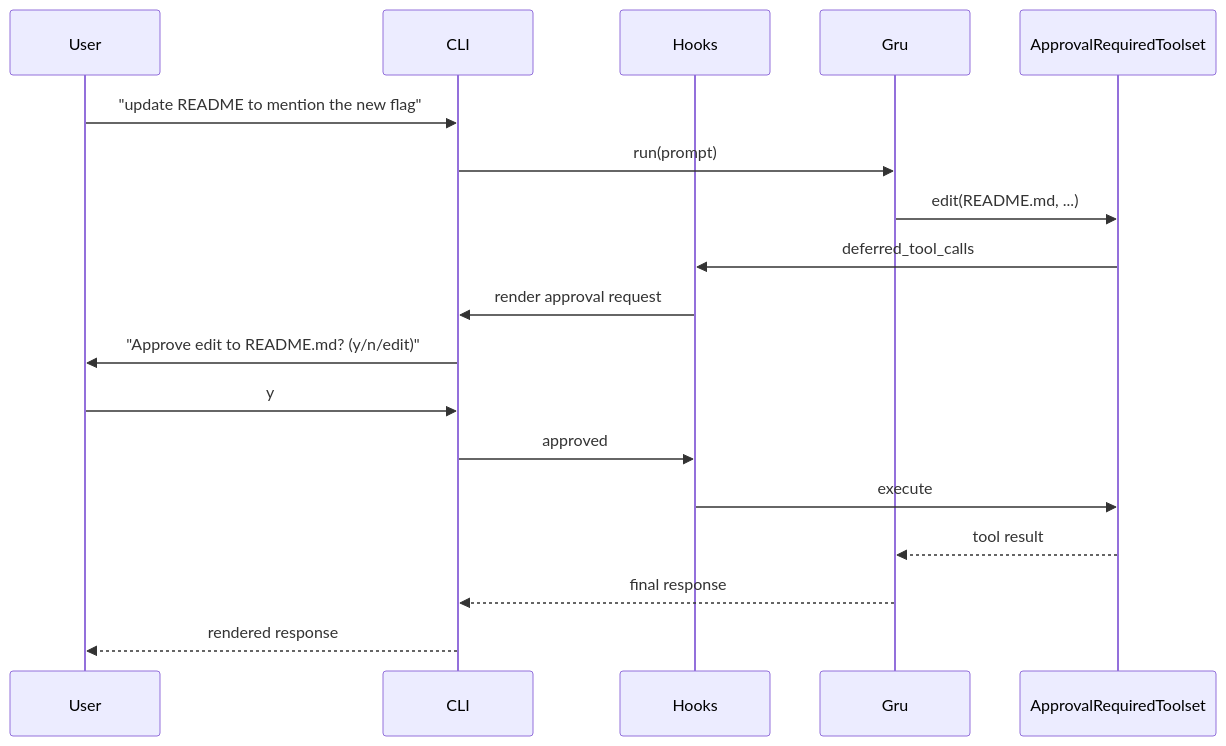
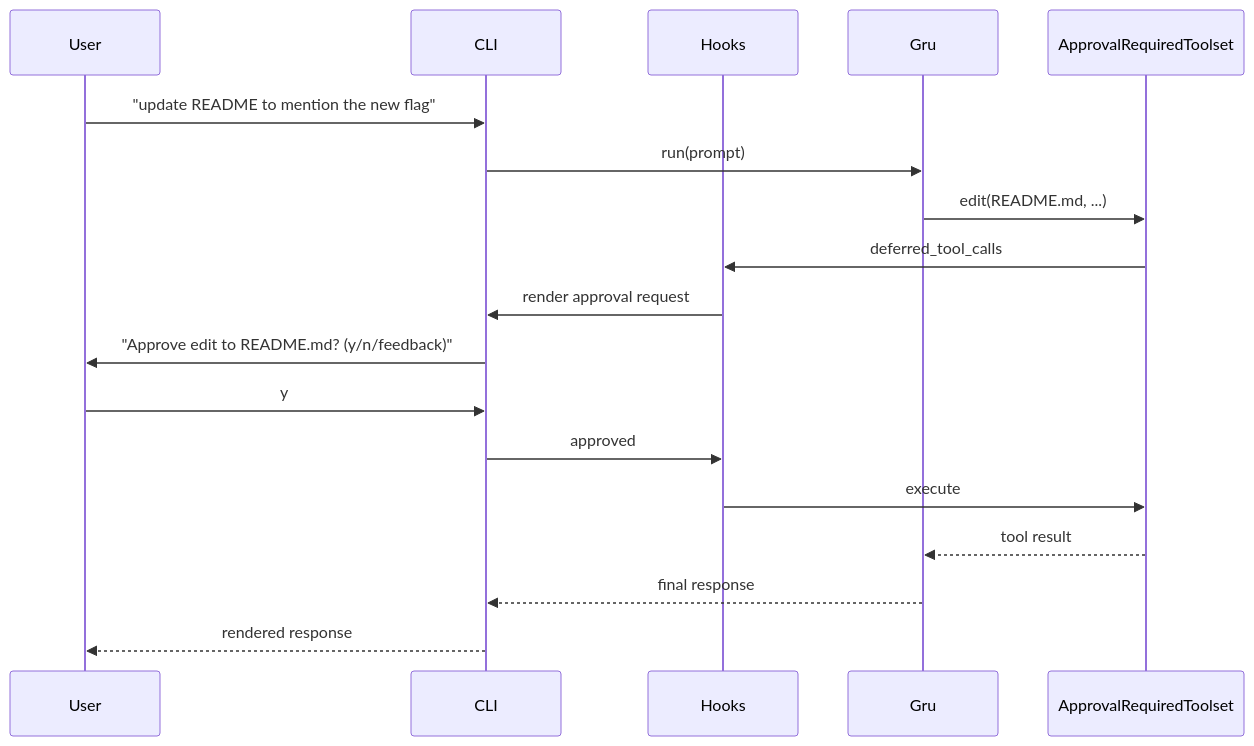
The third of 3 diagrams in docs/architecture.md (VENKATESHWARAN-R/JAC), drawn with Mermaid before and after one commit. The commit also changed other lines of this file and 21 other files, not shown here.

````diff
--- a/docs/architecture.md
+++ b/docs/architecture.md
@@ -170,21 +104,21 @@
 ```mermaid
 sequenceDiagram
     participant User
     participant CLI
     participant Hooks
     participant Gru
     participant ApprovalTools as ApprovalRequiredToolset
 
     User->>CLI: "update README to mention the new flag"
     CLI->>Gru: run(prompt)
     Gru->>ApprovalTools: edit(README.md, ...)
     ApprovalTools->>Hooks: deferred_tool_calls
     Hooks->>CLI: render approval request
-    CLI->>User: "Approve edit to README.md? (y/n/edit)"
+    CLI->>User: "Approve edit to README.md? (y/n/feedback)"
     User->>CLI: y
     CLI->>Hooks: approved
     Hooks->>ApprovalTools: execute
     ApprovalTools-->>Gru: tool result
     Gru-->>CLI: final response
     CLI-->>User: rendered response
 ```
````
